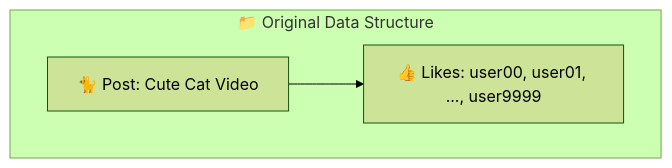
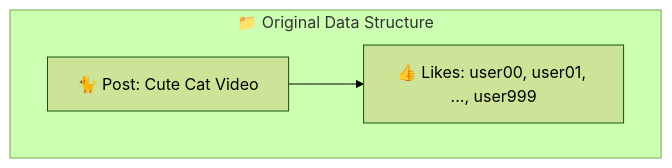
One commit to kelvin-bz/blog changed the first of 3 diagrams in _posts/2024-07-25-outlier-pattern.md. Above: the diagram before and after it, drawn with Mermaid (forest theme). The commit also changed other lines of this file and 4 other files, not shown here.

````diff
--- a/_posts/2024-07-25-outlier-pattern.md
+++ b/_posts/2024-07-25-outlier-pattern.md
@@ -15,9 +13,8 @@
 ```mermaid
 graph TD
     subgraph originalData["📁 Original Data Structure"]
         post["🐈 Post: Cute Cat Video"]
-        likes1["👍 Likes: user00, user01, ..., user9999"]
+        likes1["👍 Likes: user00, user01, ..., user999"]
     end
     post --> likes1
-   
 ```
````
